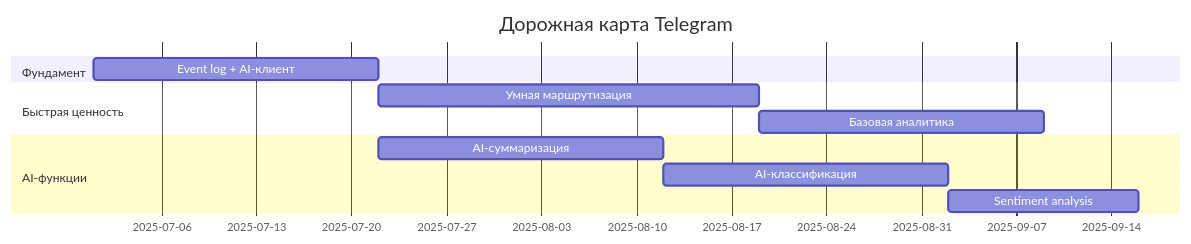
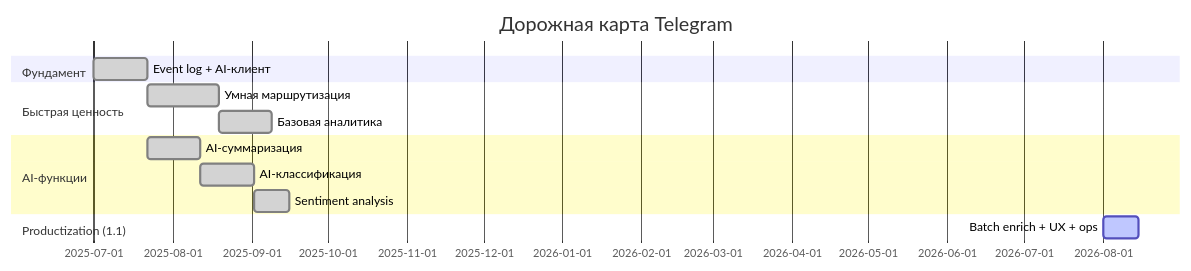
One commit to AlexanderNY/cursor_test changed the first of 2 diagrams in docs/TELEGRAM_ROADMAP.md. Above: the diagram before and after it, drawn with Mermaid. The commit also changed other lines of this file and 337 other files, not shown here.

````diff
--- a/docs/TELEGRAM_ROADMAP.md
+++ b/docs/TELEGRAM_ROADMAP.md
@@ -36,14 +58,16 @@
 ```mermaid
 gantt
     title Дорожная карта Telegram
     dateFormat YYYY-MM
     section Фундамент
-    Event log + AI-клиент           :f0, 2025-07, 3w
+    Event log + AI-клиент           :done, f0, 2025-07, 3w
     section Быстрая ценность
-    Умная маршрутизация             :f1, after f0, 4w
-    Базовая аналитика               :f2, after f1, 3w
+    Умная маршрутизация             :done, f1, after f0, 4w
+    Базовая аналитика               :done, f2, after f1, 3w
     section AI-функции
-    AI-суммаризация                 :f3, after f0, 3w
-    AI-классификация                :f4, after f3, 3w
-    Sentiment analysis              :f5, after f4, 2w
+    AI-суммаризация                 :done, f3, after f0, 3w
+    AI-классификация                 :done, f4, after f3, 3w
+    Sentiment analysis              :done, f5, after f4, 2w
+    section Productization (1.1)
+    Batch enrich + UX + ops         :active, f6, 2026-08, 2w
 ```
````
